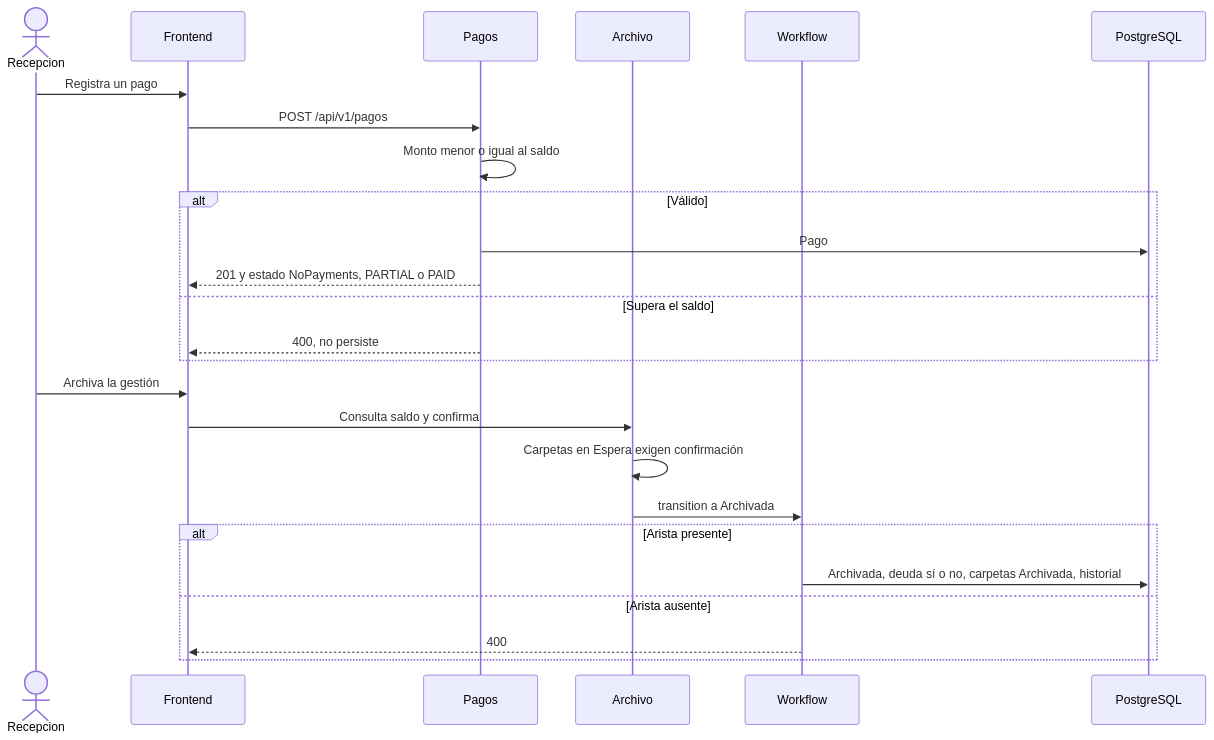
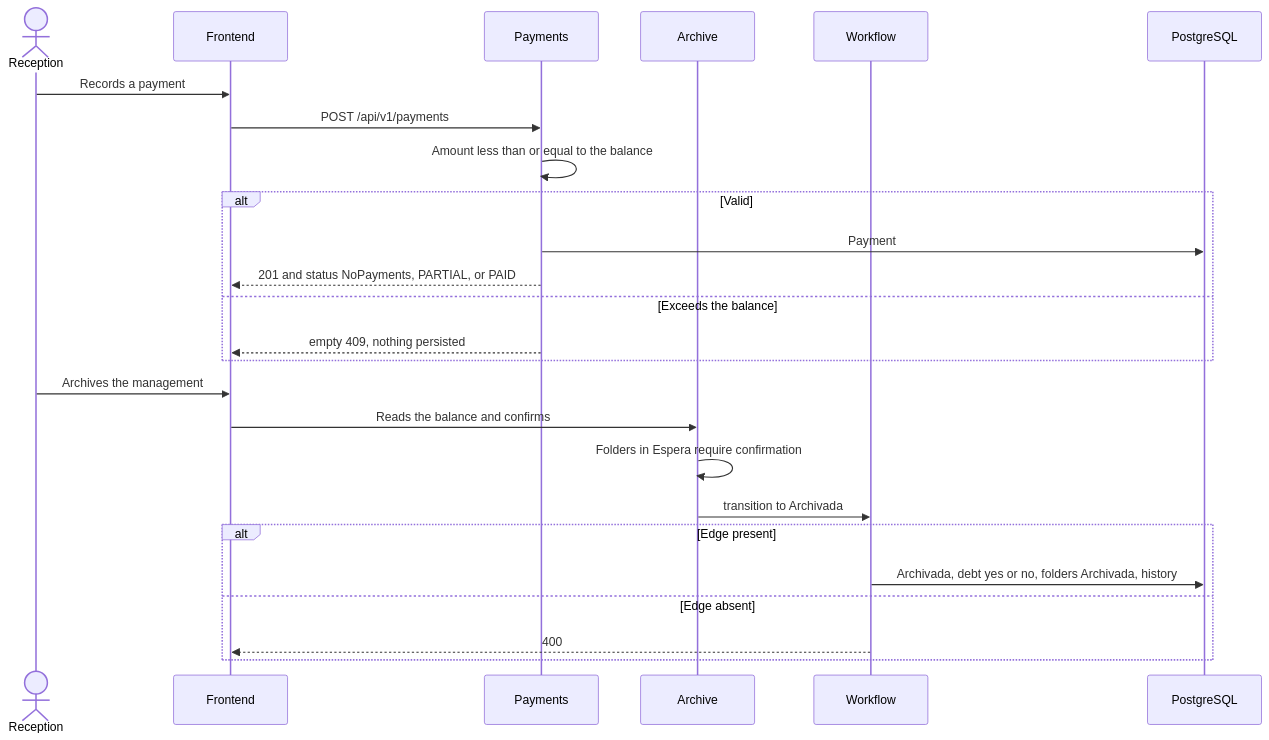
Diagram 12 of 16 in docs/200-architecture/203-design/CICLO-DE-VIDA.md (matiaspakua/notaire), drawn with Mermaid before and after one commit. The commit also changed other lines of this file and 52 other files, not shown here.

````diff
--- a/docs/200-architecture/203-design/CICLO-DE-VIDA.md
+++ b/docs/200-architecture/203-design/CICLO-DE-VIDA.md
@@ -387,29 +392,29 @@
 ```mermaid
 sequenceDiagram
-  actor Recepcion
+  actor Reception
   participant FE as Frontend
-  participant Pay as Pagos
-  participant Arc as Archivo
+  participant Pay as Payments
+  participant Arc as Archive
   participant WF as Workflow
   participant DB as PostgreSQL
 
-  Recepcion->>FE: Registra un pago
-  FE->>Pay: POST /api/v1/pagos
-  Pay->>Pay: Monto menor o igual al saldo
-  alt Válido
-    Pay->>DB: Pago
-    Pay-->>FE: 201 y estado NoPayments, PARTIAL o PAID
-  else Supera el saldo
-    Pay-->>FE: 400, no persiste
+  Reception->>FE: Records a payment
+  FE->>Pay: POST /api/v1/payments
+  Pay->>Pay: Amount less than or equal to the balance
+  alt Valid
+    Pay->>DB: Payment
+    Pay-->>FE: 201 and status NoPayments, PARTIAL, or PAID
+  else Exceeds the balance
+    Pay-->>FE: empty 409, nothing persisted
   end
 
-  Recepcion->>FE: Archiva la gestión
-  FE->>Arc: Consulta saldo y confirma
-  Arc->>Arc: Carpetas en Espera exigen confirmación
-  Arc->>WF: transition a Archivada
-  alt Arista presente
-    WF->>DB: Archivada, deuda sí o no, carpetas Archivada, historial
-  else Arista ausente
+  Reception->>FE: Archives the management
+  FE->>Arc: Reads the balance and confirms
+  Arc->>Arc: Folders in Espera require confirmation
+  Arc->>WF: transition to Archivada
+  alt Edge present
+    WF->>DB: Archivada, debt yes or no, folders Archivada, history
+  else Edge absent
     WF-->>FE: 400
   end
 ```
````
